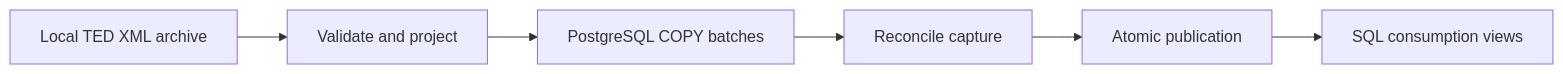
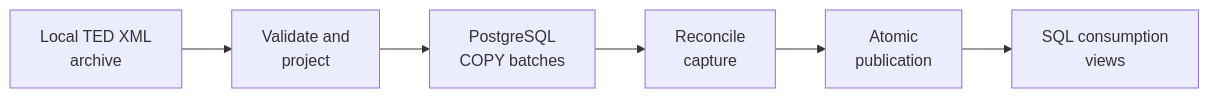
Before and after one commit to alpastorvillar-design/tender-ledger: the diagram in README.md, drawn with Mermaid. The commit also changed other lines of this file, not shown here.

Commit message:
docs: record passing GitHub CI and improve diagram readability

````diff
--- a/README.md
+++ b/README.md
@@ -35,8 +36,8 @@
 ```mermaid
 flowchart LR
-    A[Local TED XML archive] --> B[Validate and project]
-    B --> C[PostgreSQL COPY batches]
-    C --> D[Reconcile capture]
-    D --> E[Atomic publication]
-    E --> F[SQL consumption views]
+    A["Local TED XML<br/>archive"] --> B["Validate and<br/>project"]
+    B --> C["PostgreSQL<br/>COPY batches"]
+    C --> D["Reconcile<br/>capture"]
+    D --> E["Atomic<br/>publication"]
+    E --> F["SQL consumption<br/>views"]
 ```
````
